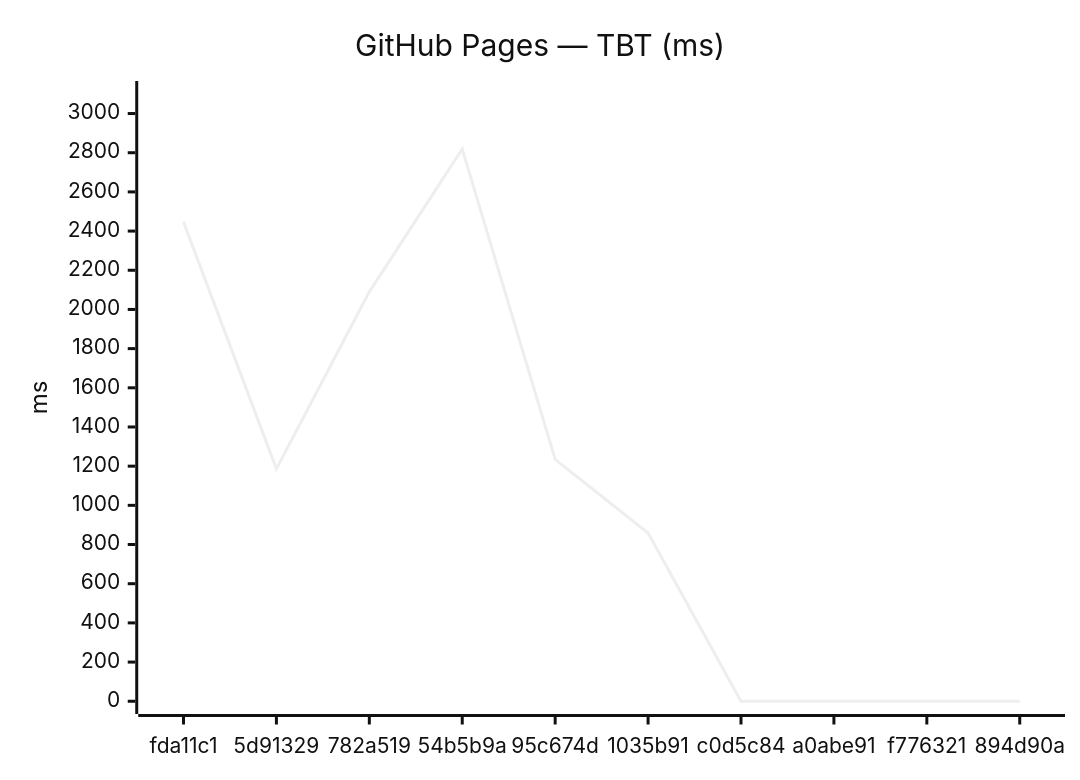
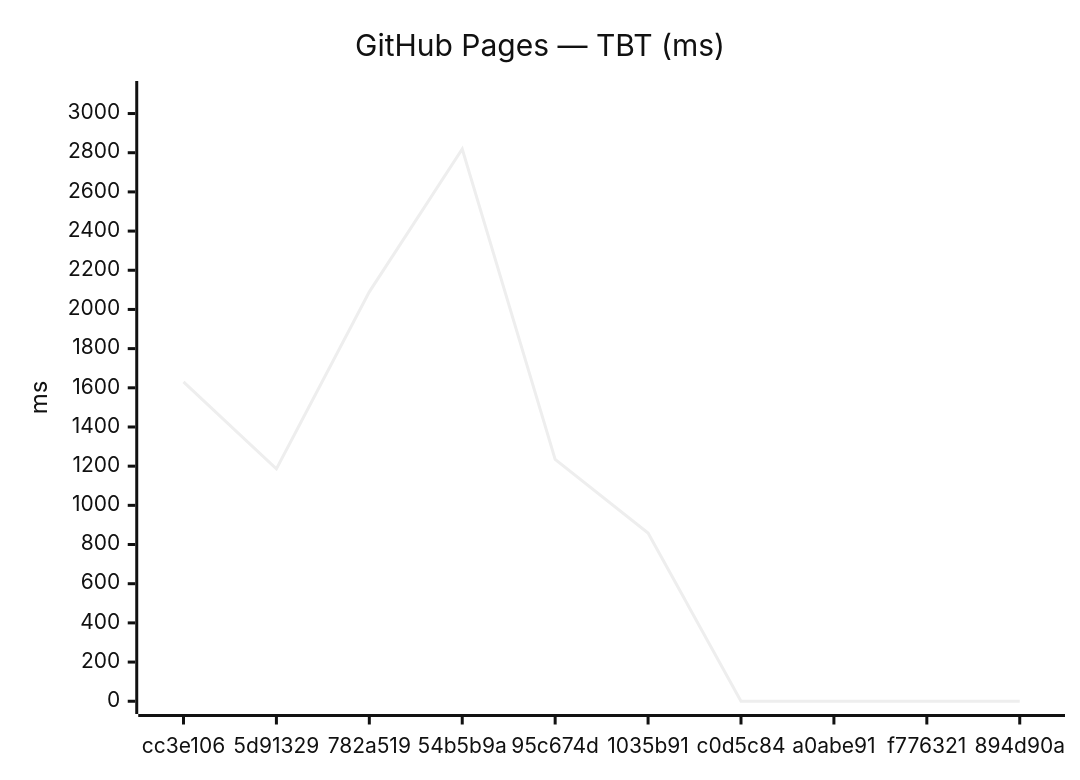
The fourth of 18 diagrams in benchmarks/compare.md (Metaheurist/Rianell), drawn with Mermaid (neutral theme) before and after one commit. The commit also changed other lines of this file and 11 other files, not shown here.

````diff
--- a/benchmarks/compare.md
+++ b/benchmarks/compare.md
@@ -61,7 +61,7 @@
 ```mermaid
 xychart-beta
     title "GitHub Pages — TBT (ms)"
-    x-axis ["fda11c1", "5d91329", "782a519", "54b5b9a", "95c674d", "1035b91", "c0d5c84", "a0abe91", "f776321", "894d90a"]
+    x-axis ["cc3e106", "5d91329", "782a519", "54b5b9a", "95c674d", "1035b91", "c0d5c84", "a0abe91", "f776321", "894d90a"]
     y-axis "ms" 0 --> 3101
-    line [2447, 1186, 2090, 2819, 1235, 859, 0, 0, 0, 0]
+    line [1630, 1186, 2090, 2819, 1235, 859, 0, 0, 0, 0]
 ```
````
